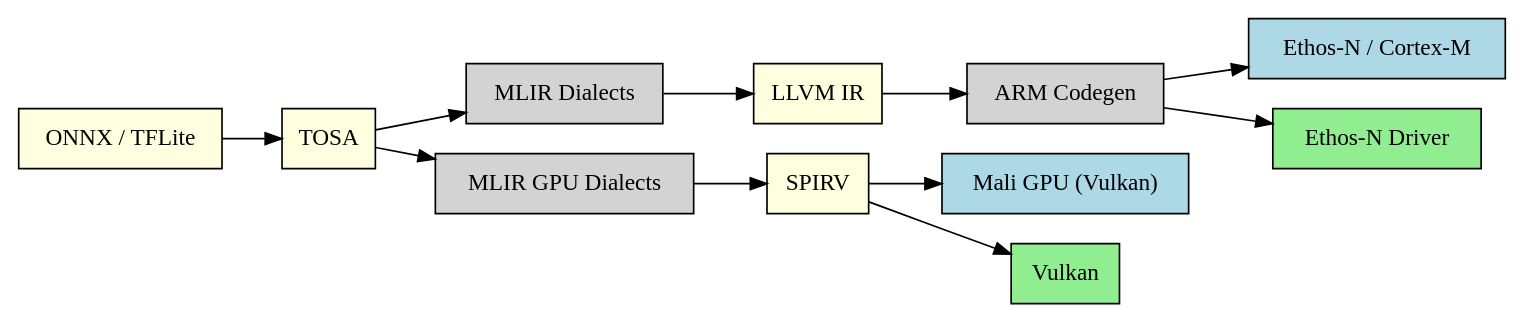
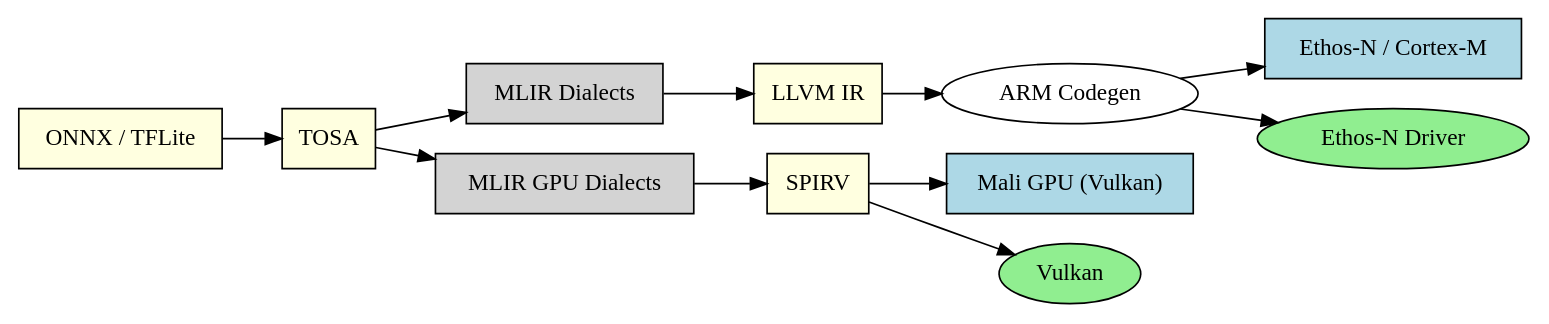
The diagram in Fig/gpu/arm-flow.gv (Jonathan2251/lbd), drawn with Graphviz before and after one commit. The commit also changed 15 other files, not shown here.

```diff
--- a/Fig/gpu/arm-flow.gv
+++ b/Fig/gpu/arm-flow.gv
@@ -1,27 +1,27 @@
 
     digraph ARM_IR_Flow {
         rankdir=LR;
 
         node [shape=box];
 
         "ONNX / TFLite" [style=filled, fillcolor=lightyellow];
         TOSA [style=filled, fillcolor=lightyellow];
         "MLIR Dialects" [style=filled, fillcolor=lightgray];
         "LLVM IR" [style=filled, fillcolor=lightyellow];
-        "ARM Codegen" [style=filled, fillcolor=lightgray];
+        "ARM Codegen" [style=filled, shape=oval, fillcolor=white];
         "Ethos-N / Cortex-M" [style=filled, fillcolor=lightblue];
         "MLIR GPU Dialects" [style=filled, fillcolor=lightgray];
         SPIRV [style=filled, fillcolor=lightyellow];
         "Mali GPU (Vulkan)" [style=filled, fillcolor=lightblue];
-        "Ethos-N Driver" [style=filled, fillcolor=lightgreen];
-        Vulkan [style=filled, fillcolor=lightgreen];
+        "Ethos-N Driver" [style=filled, shape=oval, fillcolor=lightgreen];
+        Vulkan [style=filled, shape=oval, fillcolor=lightgreen];
 
         "ONNX / TFLite" -> TOSA;
 
         TOSA -> "MLIR Dialects" -> "LLVM IR" -> "ARM Codegen" ->
         "Ethos-N / Cortex-M";
         "ARM Codegen" -> "Ethos-N Driver";
 
         TOSA -> "MLIR GPU Dialects" -> SPIRV -> "Mali GPU (Vulkan)";
         SPIRV -> Vulkan;
     }
```
